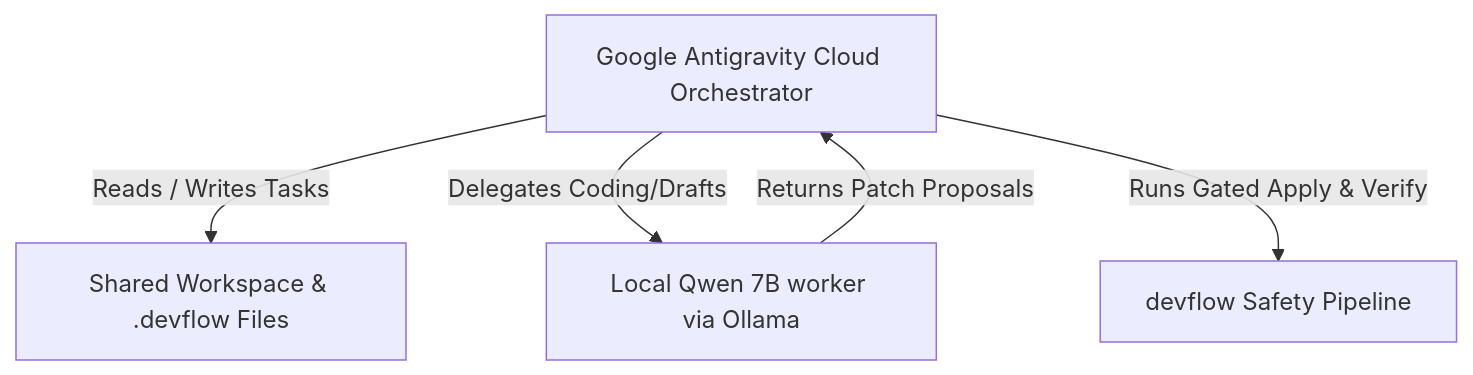
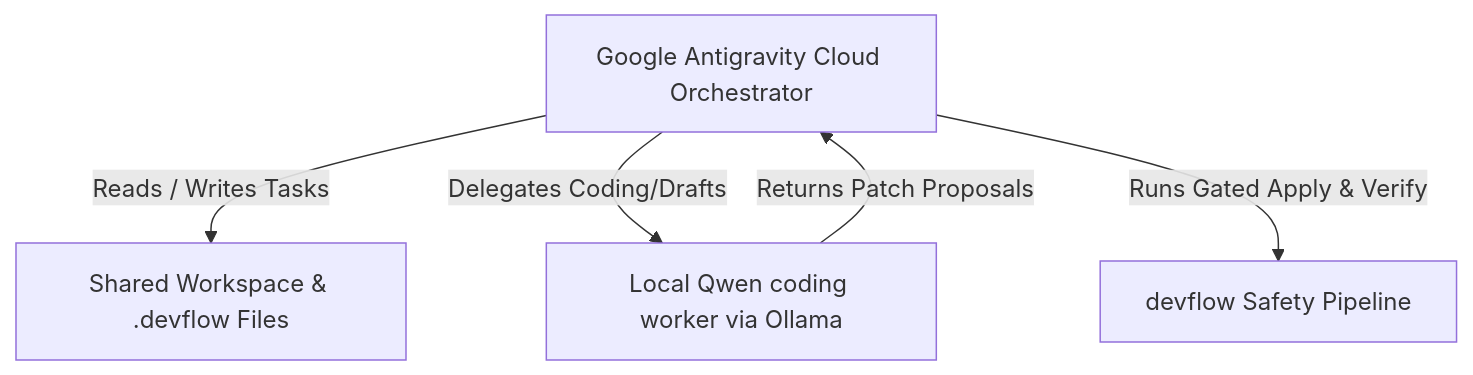
Before and after one commit to 870DudeMcgee/dev-flow: the diagram in docs/superpowers/specs/2026-05-26-antigravity-setup-mac-mini-design.md, drawn with Mermaid. The commit also changed other lines of this file and 15 other files, not shown here.

Commit message:
Configure Mac mini local worker profile

````diff
--- a/docs/superpowers/specs/2026-05-26-antigravity-setup-mac-mini-design.md
+++ b/docs/superpowers/specs/2026-05-26-antigravity-setup-mac-mini-design.md
@@ -20,7 +20,7 @@
 ```mermaid
 graph TD
     AGY_Orchestrator[Google Antigravity Cloud Orchestrator] -->|Reads / Writes Tasks| DevFlow_Workspace[Shared Workspace & .devflow Files]
-    AGY_Orchestrator -->|Delegates Coding/Drafts| Local_Qwen[Local Qwen 7B worker via Ollama]
+    AGY_Orchestrator -->|Delegates Coding/Drafts| Local_Qwen[Local Qwen coding worker via Ollama]
     Local_Qwen -->|Returns Patch Proposals| AGY_Orchestrator
     AGY_Orchestrator -->|Runs Gated Apply & Verify| DevFlow_Safety[devflow Safety Pipeline]
 ```
````
